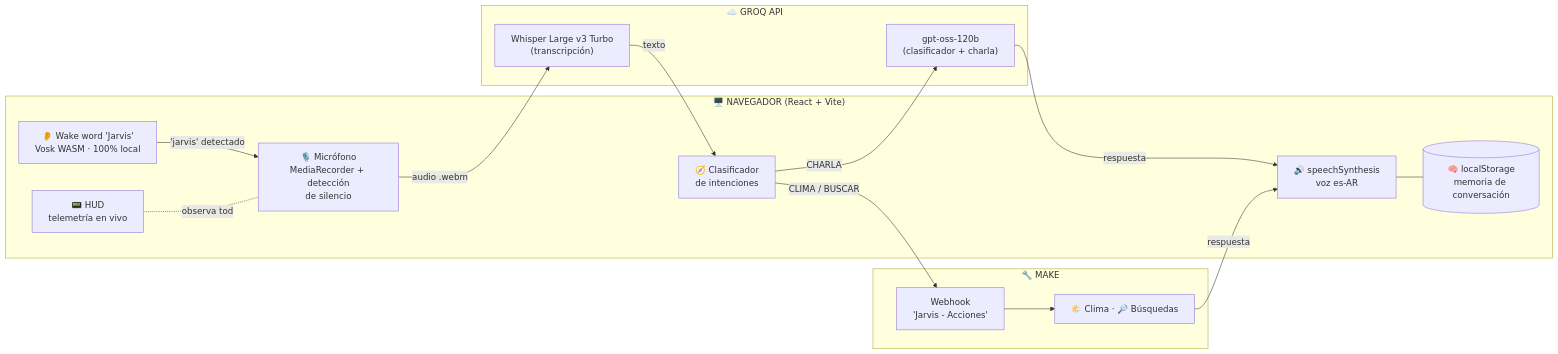
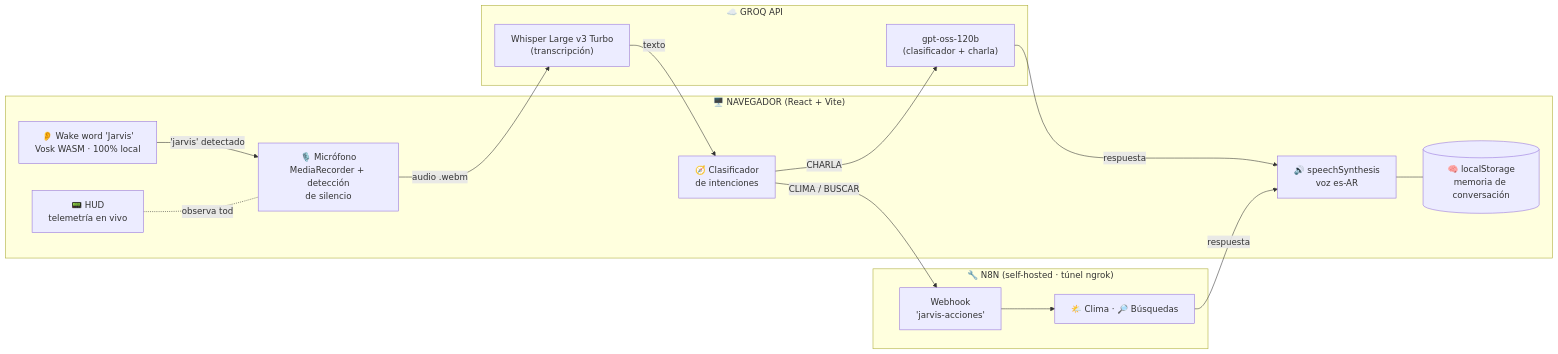
The diagram in README.md (MurielSalbador/JARVIES-ASSISTANT), drawn with Mermaid before and after one commit. The commit also changed other lines of this file and 7 other files, not shown here.

````diff
--- a/README.md
+++ b/README.md
@@ -58,32 +59,32 @@
 ```mermaid
 flowchart LR
     subgraph NAVEGADOR ["🖥️ NAVEGADOR (React + Vite)"]
         MIC["🎙️ Micrófono<br/>MediaRecorder + detección<br/>de silencio"]
         WAKE["👂 Wake word 'Jarvis'<br/>Vosk WASM · 100% local"]
         CLAS["🧭 Clasificador<br/>de intenciones"]
         HUD["📟 HUD<br/>telemetría en vivo"]
         TTS["🔊 speechSynthesis<br/>voz es-AR"]
         MEM[("🧠 localStorage<br/>memoria de conversación")]
     end
 
     subgraph GROQ ["☁️ GROQ API"]
         WHISPER["Whisper Large v3 Turbo<br/>(transcripción)"]
         LLM["gpt-oss-120b<br/>(clasificador + charla)"]
     end
 
-    subgraph MAKE ["🔧 MAKE"]
-        WH["Webhook<br/>'Jarvis - Acciones'"]
+    subgraph N8N ["🔧 N8N (self-hosted · túnel ngrok)"]
+        WH["Webhook<br/>'jarvis-acciones'"]
         ACC["🌤️ Clima · 🔎 Búsquedas"]
     end
 
     WAKE -->|"'jarvis' detectado"| MIC
     MIC -->|audio .webm| WHISPER
     WHISPER -->|texto| CLAS
     CLAS -->|CHARLA| LLM
     CLAS -->|CLIMA / BUSCAR| WH
     WH --> ACC
     LLM -->|respuesta| TTS
     ACC -->|respuesta| TTS
     TTS --- MEM
     HUD -.observa todo.- MIC
 ```
````
